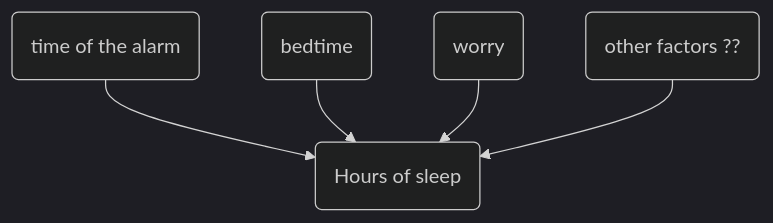
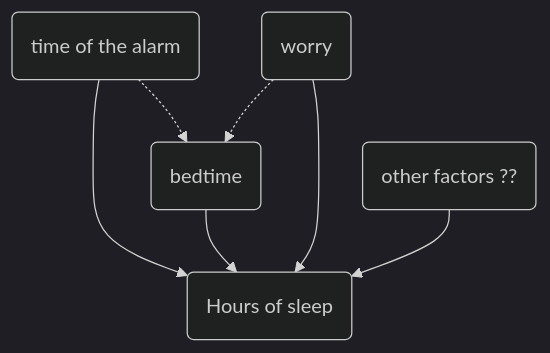
One commit to ethanweed/ExPsyLing changed the diagram in 2022/Slides/Lecture-06.md. Above: the diagram before and after it, drawn with Mermaid (dark theme). The commit also changed 2 other files, not shown here.

Commit message:
auto-updated with build.sh

````diff
--- a/2022/Slides/Lecture-06.md
+++ b/2022/Slides/Lecture-06.md
@@ -179,8 +179,10 @@
 ```{.mermaid format=svg  theme=neutral width=400 }
 graph TB
 A(time of the alarm) -->B(Hours of sleep)
 C(bedtime) -->B
+A-.->C
 D(worry)-->B
+D-.->C
 E(other factors ??)-->B
 
 ```
````
